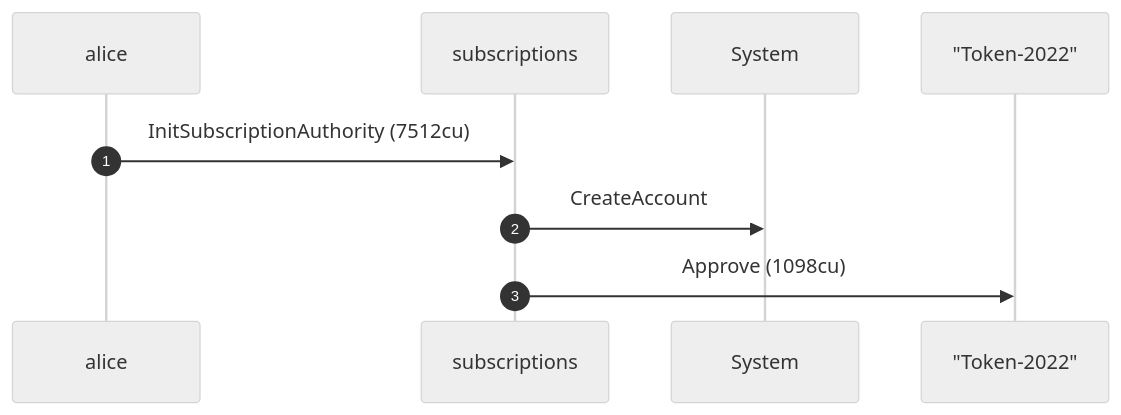
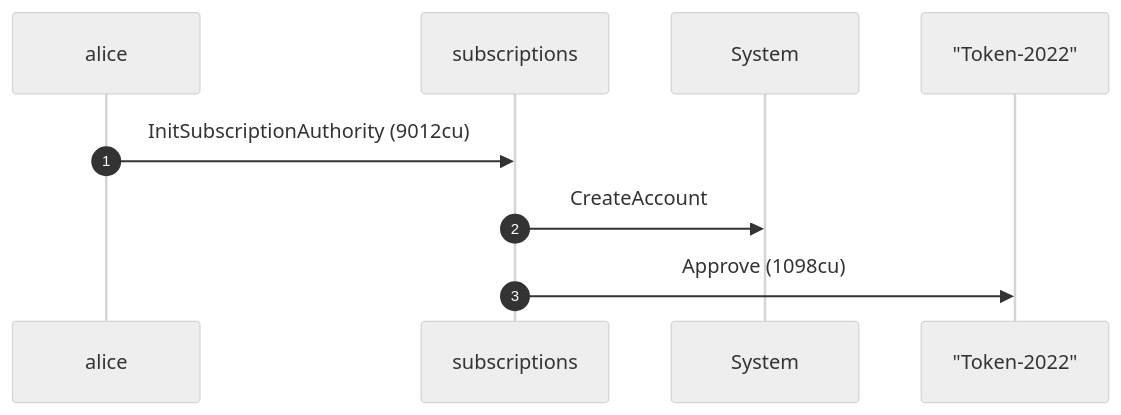
The first of 4 diagrams in dsl_tests/allow-an-active-transfer-hook.md (cds-rs/subscriptions), drawn with Mermaid (neutral theme) before and after one commit. The commit also changed other lines of this file and 224 other files, not shown here.

````diff
--- a/dsl_tests/allow-an-active-transfer-hook.md
+++ b/dsl_tests/allow-an-active-transfer-hook.md
@@ -24,11 +25,11 @@
 ```mermaid
 sequenceDiagram
     autonumber
     participant alice
     participant subscriptions
     participant System
     participant Token_2022 as "Token-2022"
-    alice ->> subscriptions: InitSubscriptionAuthority (7512cu)
+    alice ->> subscriptions: InitSubscriptionAuthority (9012cu)
     subscriptions ->> System: CreateAccount
     subscriptions ->> Token_2022: Approve (1098cu)
 ```
````
